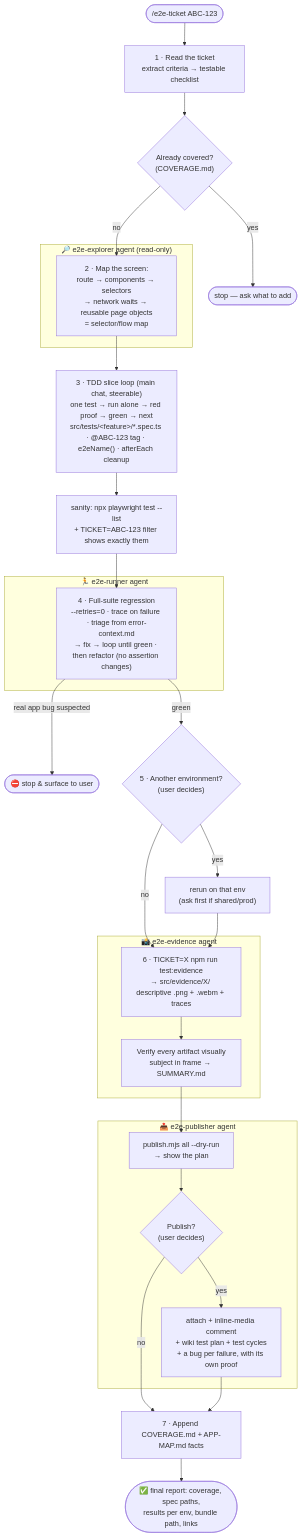
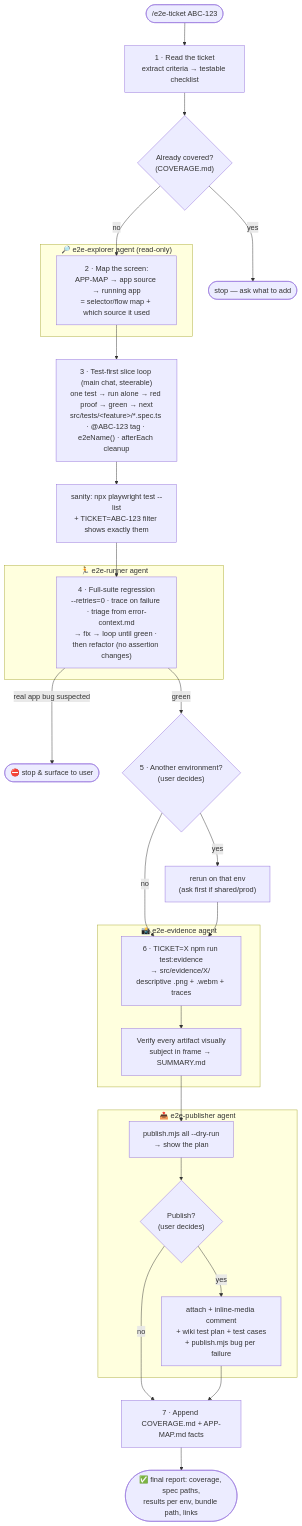
One commit to jramirez-automate/End2End-Tester-Playwright-Framework changed the diagram in README.md. Above: the diagram before and after it, drawn with Mermaid. The commit also changed other lines of this file and 22 other files, not shown here.

````diff
--- a/README.md
+++ b/README.md
@@ -303,41 +660,41 @@
 ```mermaid
 flowchart TD
     U(["/e2e-ticket ABC-123"]) --> A
 
     A["1 · Read the ticket<br/>extract criteria → testable checklist"] --> B{"Already covered?<br/>(COVERAGE.md)"}
     B -- "yes" --> STOP(["stop — ask what to add"])
     B -- "no" --> C
 
     subgraph EXPLORER["🔎 e2e-explorer agent (read-only)"]
-        C["2 · Map the screen:<br/>route → components → selectors<br/>→ network waits → reusable page objects<br/>= selector/flow map"]
+        C["2 · Map the screen:<br/>APP-MAP → app source → running app<br/>= selector/flow map + which source it used"]
     end
 
-    C --> E["3 · TDD slice loop (main chat, steerable)<br/>one test → run alone → red proof → green → next<br/>src/tests/&lt;feature&gt;/*.spec.ts · @ABC-123 tag · e2eName() · afterEach cleanup"]
+    C --> E["3 · Test-first slice loop (main chat, steerable)<br/>one test → run alone → red proof → green → next<br/>src/tests/&lt;feature&gt;/*.spec.ts · @ABC-123 tag · e2eName() · afterEach cleanup"]
     E --> LIST["sanity: npx playwright test --list<br/>+ TICKET=ABC-123 filter shows exactly them"]
 
     subgraph RUNNER["🏃 e2e-runner agent"]
         F["4 · Full-suite regression<br/>--retries=0 · trace on failure · triage from error-context.md<br/>→ fix → loop until green · then refactor (no assertion changes)"]
     end
 
     LIST --> F
     F -- "real app bug suspected" --> BUG(["⛔ stop & surface to user"])
     F -- "green" --> Q1{"5 · Another environment?<br/>(user decides)"}
     Q1 -- "yes" --> F2["rerun on that env<br/>(ask first if shared/prod)"]
     Q1 -- "no" --> G
     F2 --> G
 
     subgraph EVIDENCE["📸 e2e-evidence agent"]
         G["6 · TICKET=X npm run test:evidence<br/>→ src/evidence/X/ descriptive .png + .webm + traces"]
         G --> H["Verify every artifact visually<br/>subject in frame → SUMMARY.md"]
     end
 
     subgraph PUBLISH["📤 e2e-publisher agent"]
         H --> I["publish.mjs all --dry-run<br/>→ show the plan"]
         I --> J{"Publish?<br/>(user decides)"}
-        J -- "yes" --> K["attach + inline-media comment<br/>+ wiki test plan + test cycles<br/>+ a bug per failure, with its own proof"]
+        J -- "yes" --> K["attach + inline-media comment<br/>+ wiki test plan + test cases<br/>+ publish.mjs bug per failure"]
     end
 
     J -- "no" --> L
     K --> L["7 · Append COVERAGE.md + APP-MAP.md facts"]
     L --> DONE(["✅ final report: coverage, spec paths,<br/>results per env, bundle path, links"])
 ```
````
